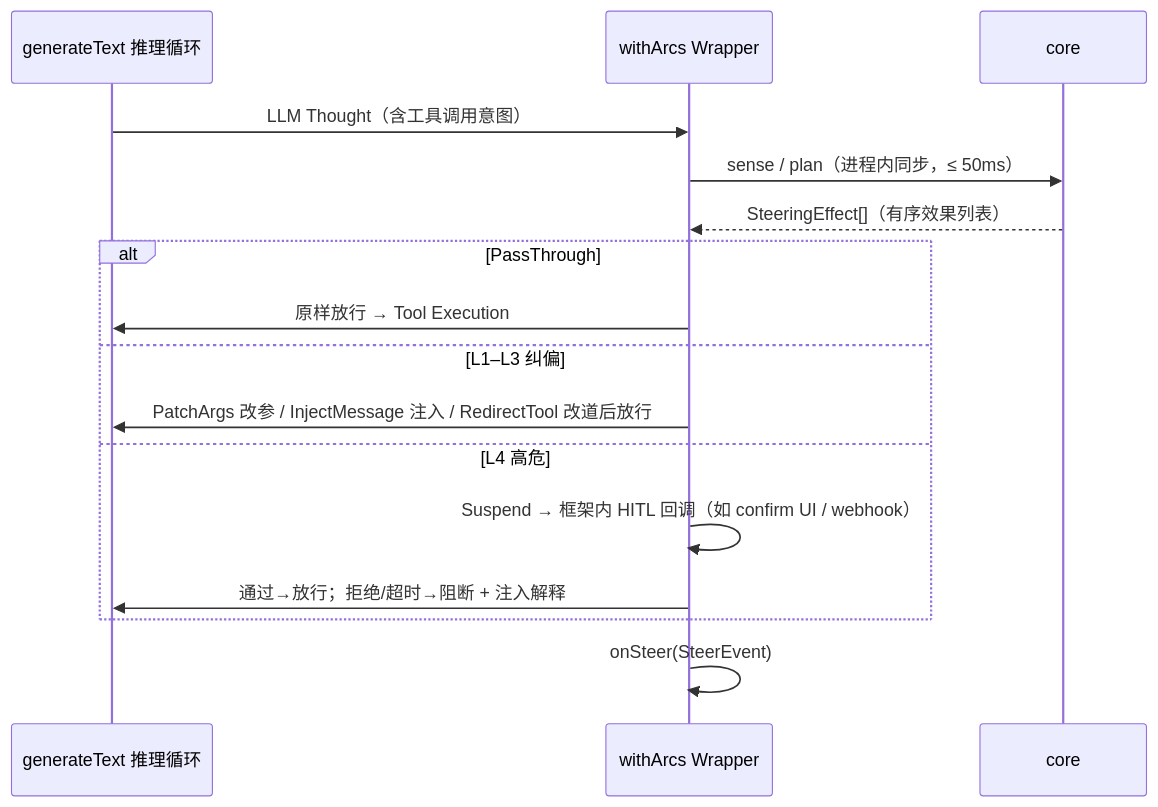
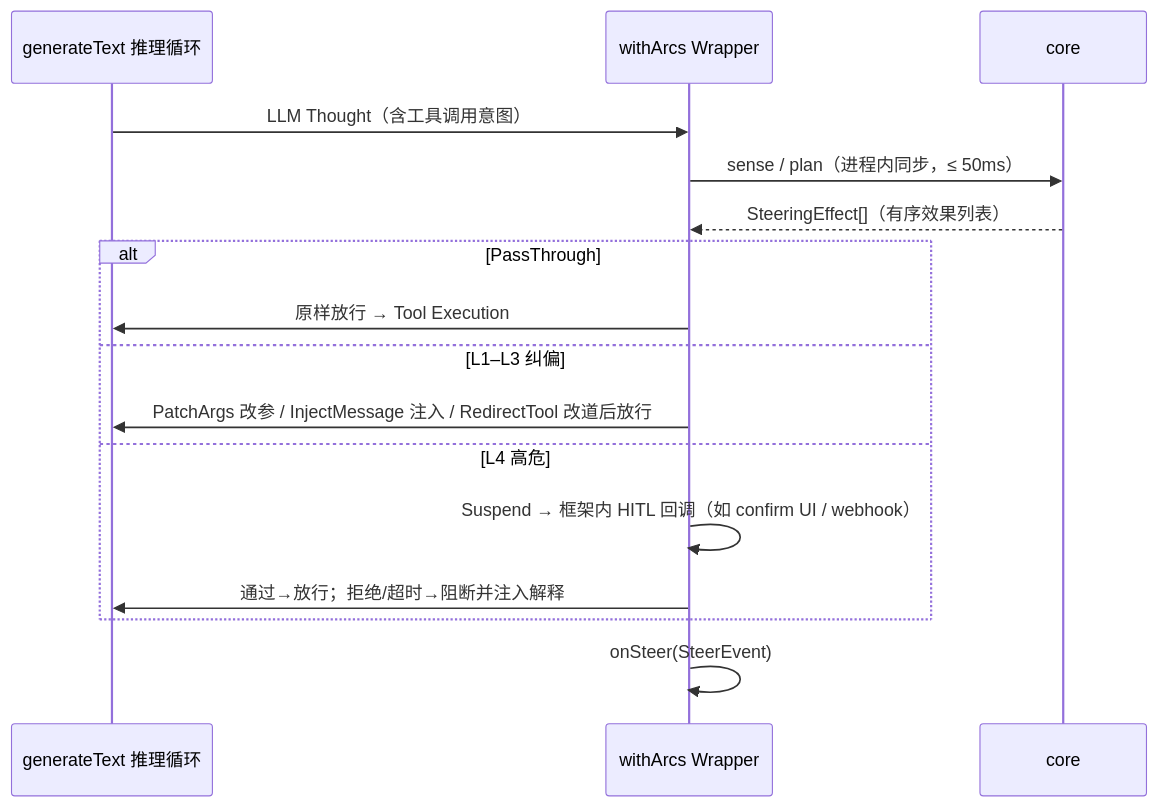
Before and after one commit to chaos-design/arcs: the diagram in docs/sdk.md, drawn with Mermaid. The commit also changed 14 other files, not shown here.

````diff
--- a/docs/sdk.md
+++ b/docs/sdk.md
@@ -11,18 +11,18 @@
 ```mermaid
 sequenceDiagram
   participant App as generateText 推理循环
   participant W as withArcs Wrapper
   participant K as core
   App->>W: LLM Thought（含工具调用意图）
   W->>K: sense / plan（进程内同步，≤ 50ms）
   K-->>W: SteeringEffect[]（有序效果列表）
   alt PassThrough
     W->>App: 原样放行 → Tool Execution
   else L1–L3 纠偏
     W->>App: PatchArgs 改参 / InjectMessage 注入 / RedirectTool 改道后放行
   else L4 高危
     W->>W: Suspend → 框架内 HITL 回调（如 confirm UI / webhook）
-    W->>App: 通过→放行；拒绝/超时→阻断 + 注入解释
+    W->>App: 通过→放行；拒绝/超时→阻断并注入解释
   end
   W->>W: onSteer(SteerEvent)
 ```
````
